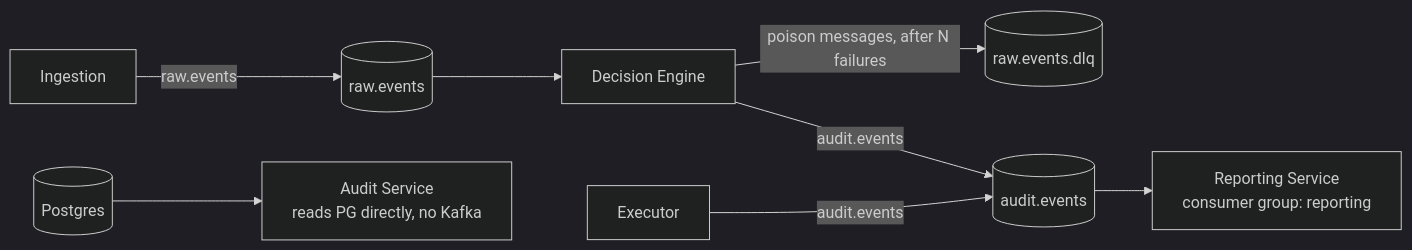
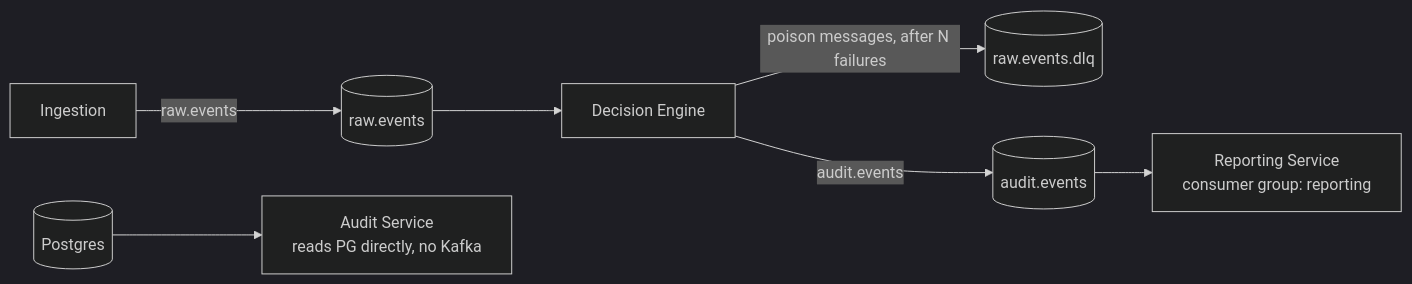
Before and after one commit to thisizaro/Momotaro: the fourth of 5 diagrams in docs/ARCHITECTURE.md, drawn with Mermaid (dark theme). The commit also changed other lines of this file and 17 other files, not shown here.

````diff
--- a/docs/ARCHITECTURE.md
+++ b/docs/ARCHITECTURE.md
@@ -801,10 +801,9 @@
 ```mermaid
 flowchart LR
     ING[Ingestion] -->|raw.events| K1[(raw.events)]
     K1 --> DEC[Decision Engine]
     DEC -->|"poison messages, after N failures"| K3[(raw.events.dlq)]
     DEC -->|audit.events| K2[(audit.events)]
-    EXE[Executor] -->|audit.events| K2
     K2 --> REP[Reporting Service\nconsumer group: reporting]
     PG[(Postgres)] --> AUD[Audit Service\nreads PG directly, no Kafka]
 ```
````
